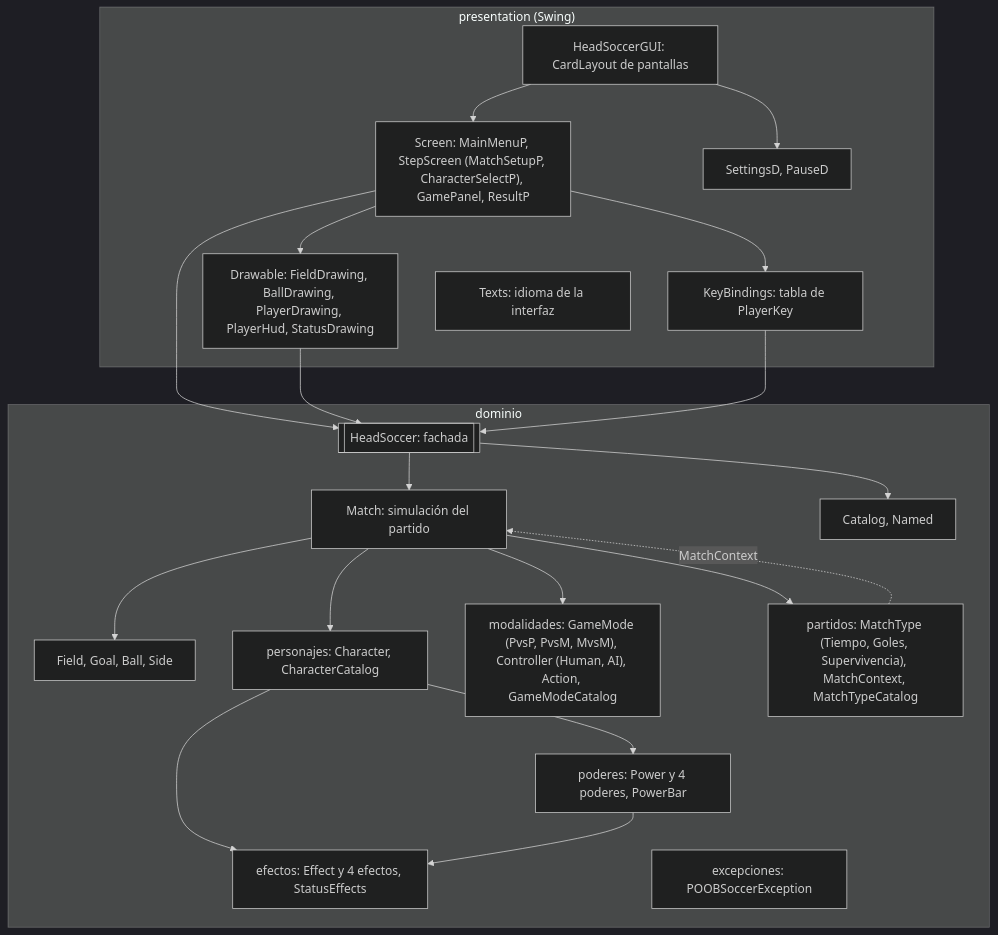
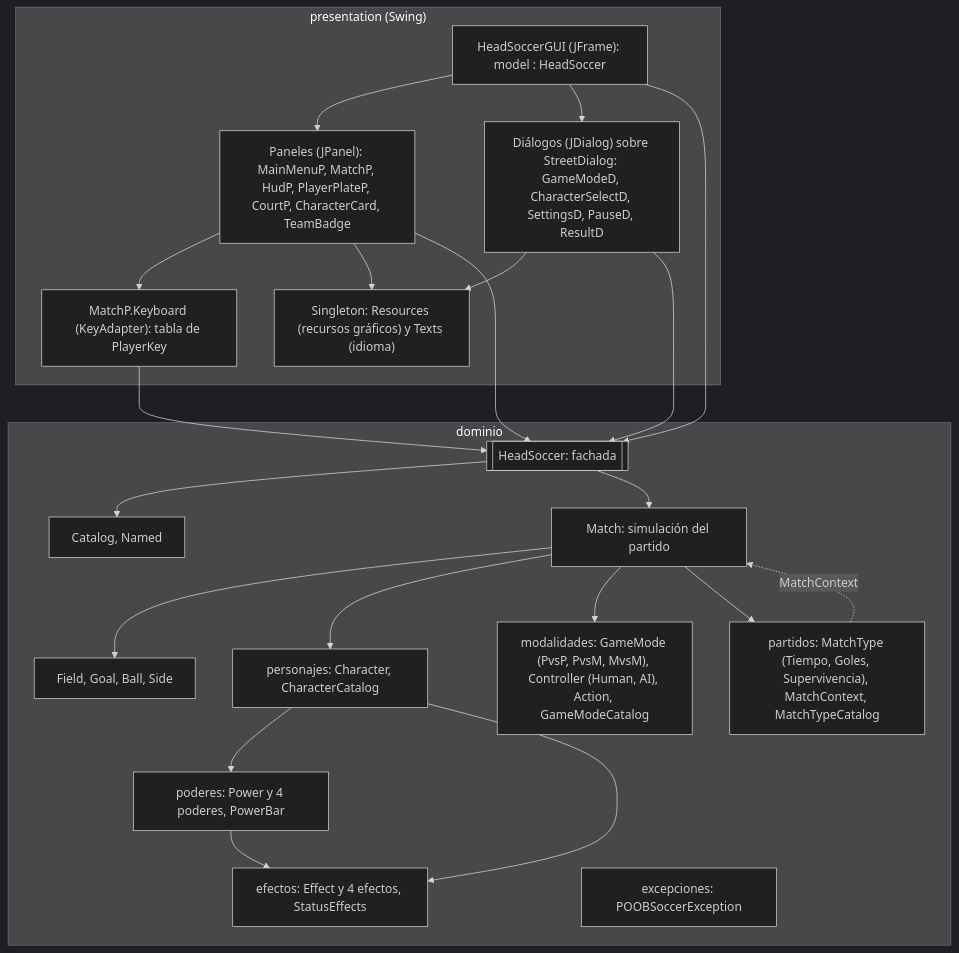
One commit to SantiagoCordobaT/Proyecto_Final-DOPO changed the diagram in README.md. Above: the diagram before and after it, drawn with Mermaid (dark theme). The commit also changed other lines of this file, not shown here.

Commit message:
docs: arquitectura de la nueva presentacion y patrones de la interfaz
Actualiza el diagrama de capas y la tabla de patrones del README con la
jerarquia de contenedores (Composite), la delegacion de eventos (Observer),
las clases adaptadoras de Swing, el Singleton Resources y el estilo visual
de cancha callejera.

````diff
--- a/README.md
+++ b/README.md
@@ -203,40 +203,41 @@
 ```mermaid
 flowchart TB
   subgraph P["presentation (Swing)"]
-    GUI["HeadSoccerGUI: CardLayout de pantallas"]
-    SCR["Screen: MainMenuP, StepScreen (MatchSetupP, CharacterSelectP), GamePanel, ResultP"]
-    DLG["SettingsD, PauseD"]
-    DRW["Drawable: FieldDrawing, BallDrawing, PlayerDrawing, PlayerHud, StatusDrawing"]
-    KEY["KeyBindings: tabla de PlayerKey"]
-    TXT["Texts: idioma de la interfaz"]
+    GUI["HeadSoccerGUI (JFrame): model : HeadSoccer"]
+    PNL["Paneles (JPanel): MainMenuP, MatchP, HudP, PlayerPlateP, CourtP, CharacterCard, TeamBadge"]
+    DLG["Diálogos (JDialog) sobre StreetDialog: GameModeD, CharacterSelectD, SettingsD, PauseD, ResultD"]
+    KEY["MatchP.Keyboard (KeyAdapter): tabla de PlayerKey"]
+    RES["Singleton: Resources (recursos gráficos) y Texts (idioma)"]
   end
   subgraph D["dominio"]
     HS[["HeadSoccer: fachada"]]
     MA["Match: simulación del partido"]
     FI["Field, Goal, Ball, Side"]
     CA["Catalog, Named"]
     PE["personajes: Character, CharacterCatalog"]
     PO["poderes: Power y 4 poderes, PowerBar"]
     EF["efectos: Effect y 4 efectos, StatusEffects"]
     MO["modalidades: GameMode (PvsP, PvsM, MvsM), Controller (Human, AI), Action, GameModeCatalog"]
     PA["partidos: MatchType (Tiempo, Goles, Supervivencia), MatchContext, MatchTypeCatalog"]
     EX["excepciones: POOBSoccerException"]
   end
-  GUI --> SCR
+  GUI --> PNL
   GUI --> DLG
-  SCR --> DRW
-  SCR --> KEY
-  SCR --> HS
-  DRW --> HS
+  PNL --> KEY
+  PNL --> RES
+  DLG --> RES
+  GUI --> HS
+  PNL --> HS
+  DLG --> HS
   KEY --> HS
   HS --> CA
   HS --> MA
   MA --> FI
   MA --> PE
   MA --> MO
   MA --> PA
   PA -. MatchContext .-> MA
   PE --> PO
   PE --> EF
   PO --> EF
 ```
````
